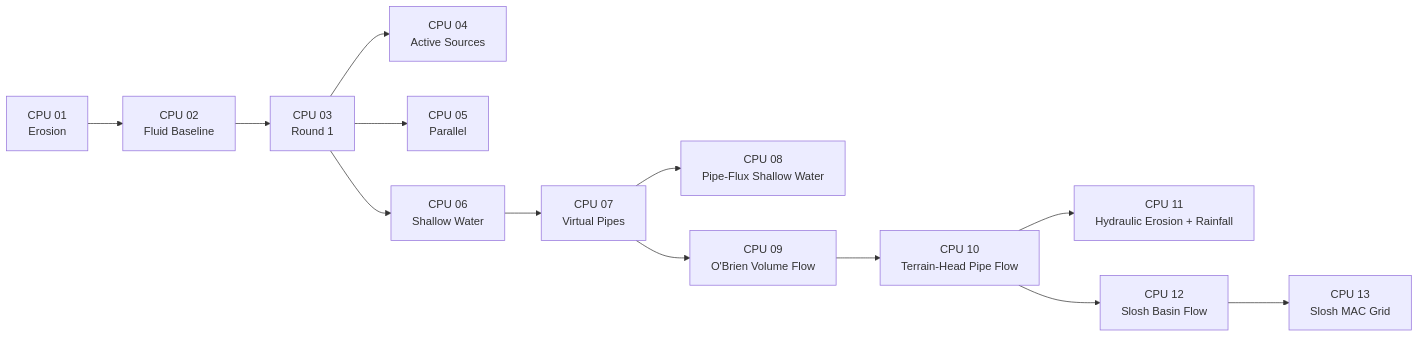
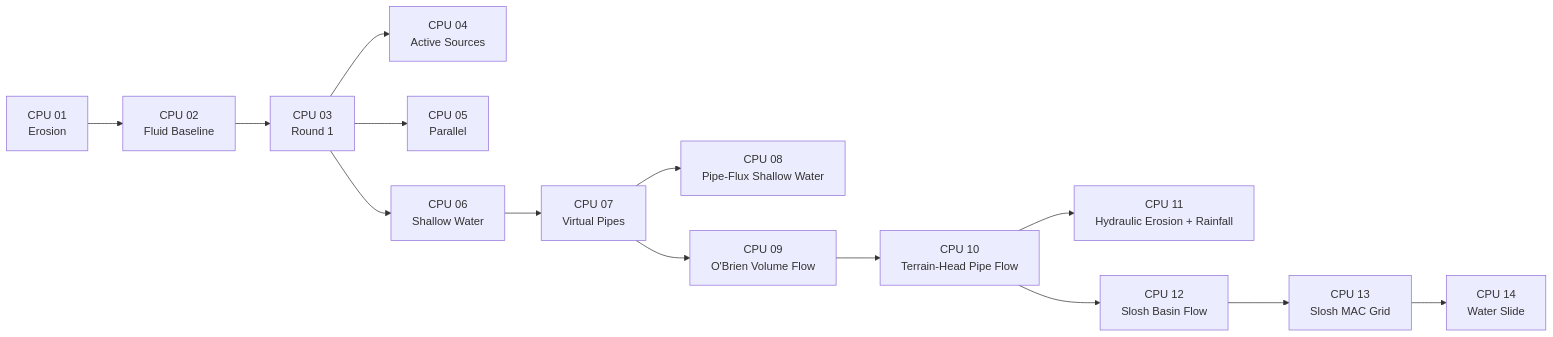
One commit to Dorian-Klingenberg/watershed changed the second of 3 diagrams in projects/grannys-house-trials/subprojects/grass-field-003/LESSON_CATALOG.md. Above: the diagram before and after it, drawn with Mermaid. The commit also changed other lines of this file and 4 other files, not shown here.

First line of the commit message:
Add CPU 14 Water Slide: carved terrain, obstacles, back pool trap

````diff
--- a/projects/grannys-house-trials/subprojects/grass-field-003/LESSON_CATALOG.md
+++ b/projects/grannys-house-trials/subprojects/grass-field-003/LESSON_CATALOG.md
@@ -166,15 +177,16 @@
 ```mermaid
 flowchart LR
     C1["CPU 01<br/>Erosion"] --> C2["CPU 02<br/>Fluid Baseline"]
     C2 --> C3["CPU 03<br/>Round 1"]
     C3 --> C4["CPU 04<br/>Active Sources"]
     C3 --> C5["CPU 05<br/>Parallel"]
     C3 --> C6["CPU 06<br/>Shallow Water"]
     C6 --> C7["CPU 07<br/>Virtual Pipes"]
     C7 --> C8["CPU 08<br/>Pipe-Flux Shallow Water"]
     C7 --> C9["CPU 09<br/>O'Brien Volume Flow"]
     C9 --> C10["CPU 10<br/>Terrain-Head Pipe Flow"]
     C10 --> C11["CPU 11<br/>Hydraulic Erosion + Rainfall"]
     C10 --> C12["CPU 12<br/>Slosh Basin Flow"]
     C12 --> C13["CPU 13<br/>Slosh MAC Grid"]
+    C13 --> C14["CPU 14<br/>Water Slide"]
 ```
````
